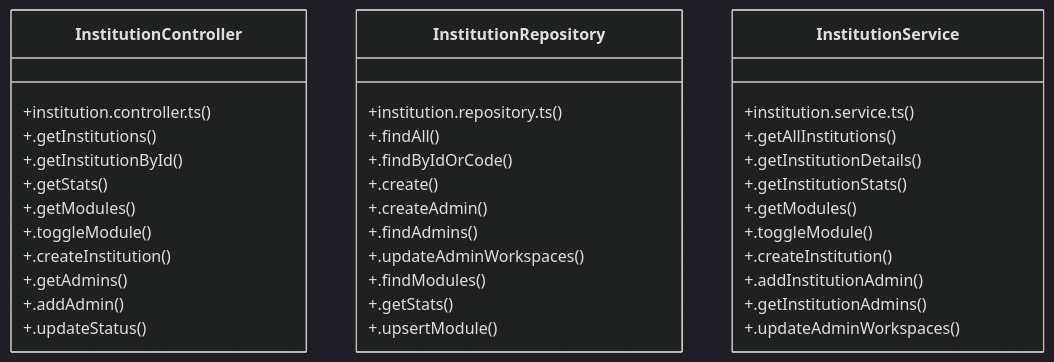
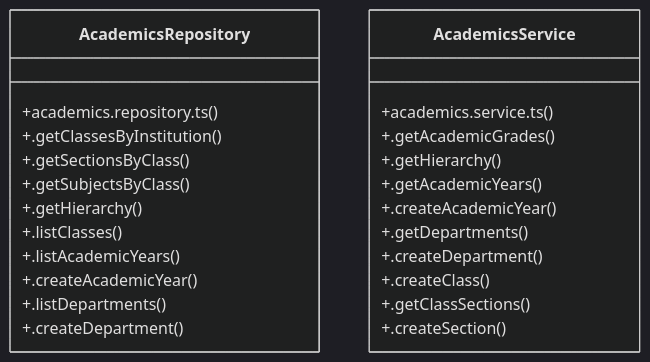
Before and after one commit to laxminivas06/vidforum: the diagram in graphify-out/wiki/[useAuth()_&_RequirePermission()]_Cluster.md, drawn with Mermaid (dark theme). The commit also changed other lines of this file and 199 other files, not shown here.

````diff
--- a/graphify-out/wiki/[useAuth()_&_RequirePermission()]_Cluster.md
+++ b/graphify-out/wiki/[useAuth()_&_RequirePermission()]_Cluster.md
@@ -36,39 +36,27 @@
 ```mermaid
 classDiagram
-    class InstitutionController {
-        +institution.controller.ts()
-        +.getInstitutions()
-        +.getInstitutionById()
-        +.getStats()
-        +.getModules()
-        +.toggleModule()
-        +.createInstitution()
-        +.getAdmins()
-        +.addAdmin()
-        +.updateStatus()
+    class AcademicsRepository {
+        +academics.repository.ts()
+        +.getClassesByInstitution()
+        +.getSectionsByClass()
+        +.getSubjectsByClass()
+        +.getHierarchy()
+        +.listClasses()
+        +.listAcademicYears()
+        +.createAcademicYear()
+        +.listDepartments()
+        +.createDepartment()
     }
-    class InstitutionRepository {
-        +institution.repository.ts()
-        +.findAll()
-        +.findByIdOrCode()
-        +.create()
-        +.createAdmin()
-        +.findAdmins()
-        +.updateAdminWorkspaces()
-        +.findModules()
-        +.getStats()
-        +.upsertModule()
-    }
-    class InstitutionService {
-        +institution.service.ts()
-        +.getAllInstitutions()
-        +.getInstitutionDetails()
-        +.getInstitutionStats()
-        +.getModules()
-        +.toggleModule()
-        +.createInstitution()
-        +.addInstitutionAdmin()
-        +.getInstitutionAdmins()
-        +.updateAdminWorkspaces()
+    class AcademicsService {
+        +academics.service.ts()
+        +.getAcademicGrades()
+        +.getHierarchy()
+        +.getAcademicYears()
+        +.createAcademicYear()
+        +.getDepartments()
+        +.createDepartment()
+        +.createClass()
+        +.getClassSections()
+        +.createSection()
     }
 ```
````
